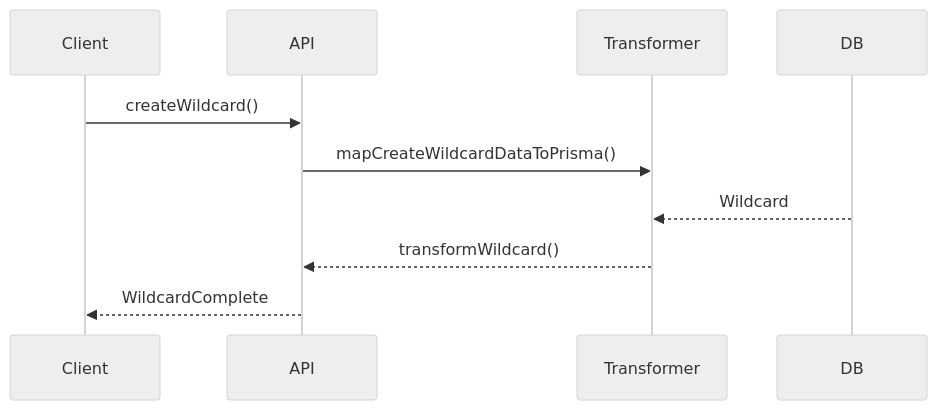
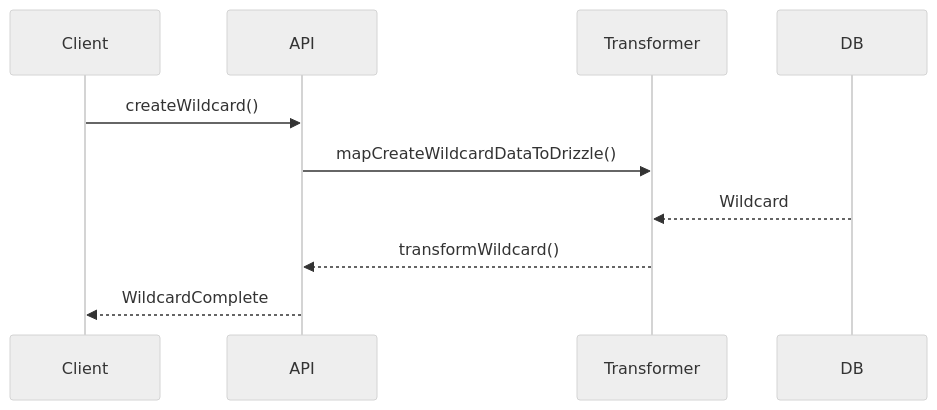
One commit to gvastethecreator/media-manager changed the second of 2 diagrams in src/types/entities/wildcard/documentation.md. Above: the diagram before and after it, drawn with Mermaid (neutral theme). The commit also changed 185 other files, not shown here.

````diff
--- a/src/types/entities/wildcard/documentation.md
+++ b/src/types/entities/wildcard/documentation.md
@@ -61,13 +61,13 @@
 ```mermaid
 sequenceDiagram
     participant Client
     participant API
     participant Transformer
     participant DB
     Client->>API: createWildcard()
-    API->>Transformer: mapCreateWildcardDataToPrisma()
+    API->>Transformer: mapCreateWildcardDataToDrizzle()
     
     DB-->>Transformer: Wildcard
     Transformer-->>API: transformWildcard()
     API-->>Client: WildcardComplete
 ```
````
